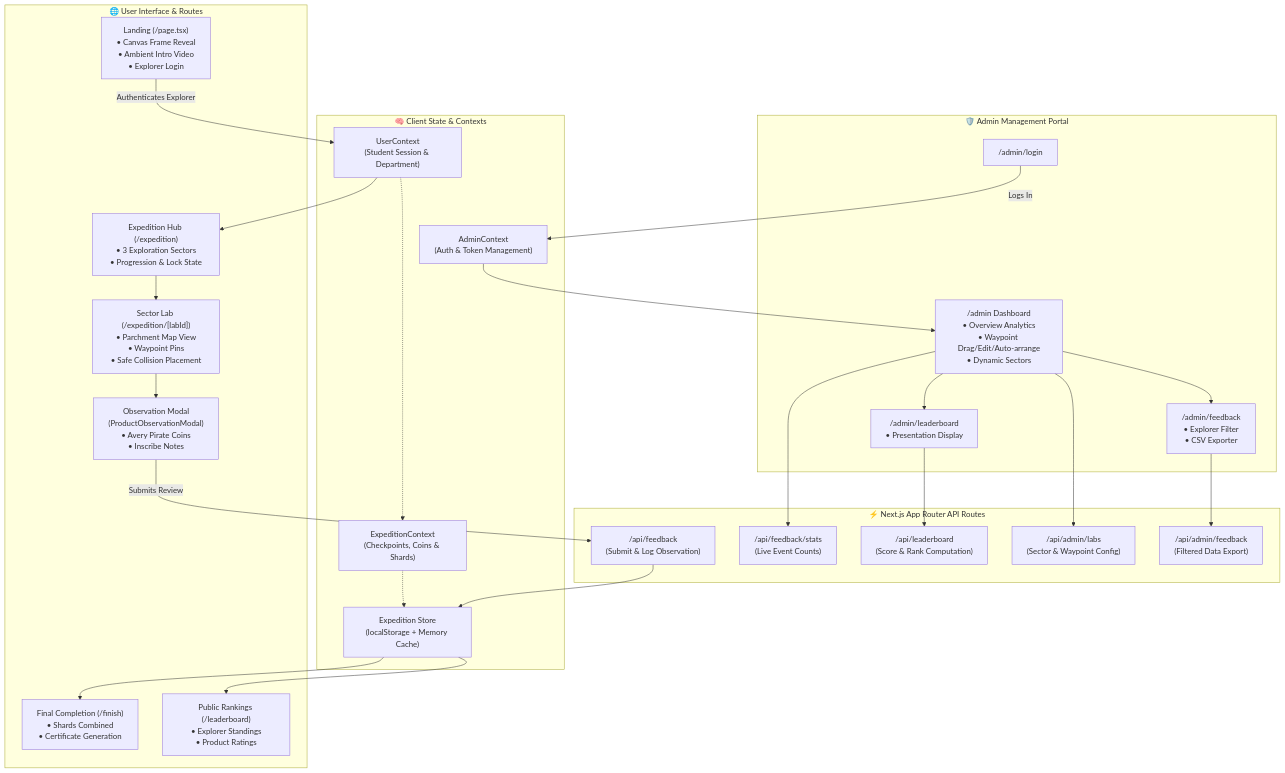
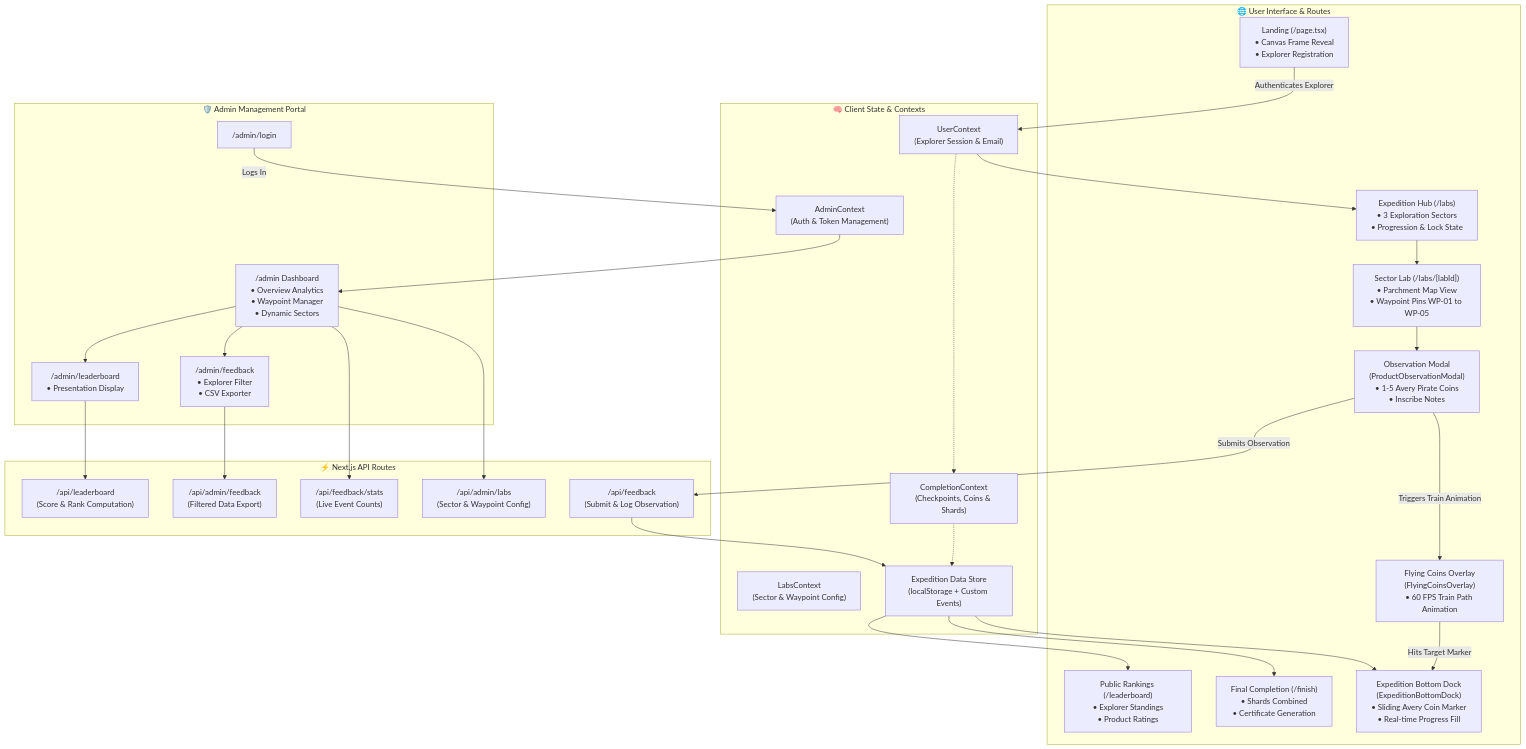
The diagram in README.md (VIHAR2212/feedback-techx), drawn with Mermaid before and after one commit. The commit also changed other lines of this file, not shown here.

Commit message:
docs: Update README.md with comprehensive documentation of recent features and architecture

````diff
--- a/README.md
+++ b/README.md
@@ -40,59 +81,65 @@
 ```mermaid
 graph TD
     %% Client Pages
     subgraph ClientPages["🌐 User Interface & Routes"]
-        Landing["Landing (/page.tsx)<br/>• Canvas Frame Reveal<br/>• Ambient Intro Video<br/>• Explorer Login"]
-        Routes["Expedition Hub (/expedition)<br/>• 3 Exploration Sectors<br/>• Progression & Lock State"]
-        SectorView["Sector Lab (/expedition/[labId])<br/>• Parchment Map View<br/>• Waypoint Pins<br/>• Safe Collision Placement"]
-        Modal["Observation Modal<br/>(ProductObservationModal)<br/>• Avery Pirate Coins<br/>• Inscribe Notes"]
+        Landing["Landing (/page.tsx)<br/>• Canvas Frame Reveal<br/>• Explorer Registration"]
+        Routes["Expedition Hub (/labs)<br/>• 3 Exploration Sectors<br/>• Progression & Lock State"]
+        SectorView["Sector Lab (/labs/[labId])<br/>• Parchment Map View<br/>• Waypoint Pins WP-01 to WP-05"]
+        Modal["Observation Modal<br/>(ProductObservationModal)<br/>• 1-5 Avery Pirate Coins<br/>• Inscribe Notes"]
+        Overlay["Flying Coins Overlay<br/>(FlyingCoinsOverlay)<br/>• 60 FPS Train Path Animation"]
+        BottomDock["Expedition Bottom Dock<br/>(ExpeditionBottomDock)<br/>• Sliding Avery Coin Marker<br/>• Real-time Progress Fill"]
         Finish["Final Completion (/finish)<br/>• Shards Combined<br/>• Certificate Generation"]
         PublicBoard["Public Rankings (/leaderboard)<br/>• Explorer Standings<br/>• Product Ratings"]
     end
 
     %% State & Context
     subgraph StateLayer["🧠 Client State & Contexts"]
-        UserCtx["UserContext<br/>(Student Session & Department)"]
-        ExpCtx["ExpeditionContext<br/>(Checkpoints, Coins & Shards)"]
+        UserCtx["UserContext<br/>(Explorer Session & Email)"]
+        LabsCtx["LabsContext<br/>(Sector & Waypoint Config)"]
+        CompCtx["CompletionContext<br/>(Checkpoints, Coins & Shards)"]
         AdminCtx["AdminContext<br/>(Auth & Token Management)"]
-        Store["Expedition Store<br/>(localStorage + Memory Cache)"]
+        Store["Expedition Data Store<br/>(localStorage + Custom Events)"]
     end
 
     %% Backend API
-    subgraph APILayer["⚡ Next.js App Router API Routes"]
+    subgraph APILayer["⚡ Next.js API Routes"]
         ApiFeedback["/api/feedback<br/>(Submit & Log Observation)"]
         ApiStats["/api/feedback/stats<br/>(Live Event Counts)"]
         ApiLeaderboard["/api/leaderboard<br/>(Score & Rank Computation)"]
         ApiAdminLabs["/api/admin/labs<br/>(Sector & Waypoint Config)"]
         ApiAdminFeedback["/api/admin/feedback<br/>(Filtered Data Export)"]
     end
 
     %% Admin Portal
     subgraph AdminPortal["🛡️ Admin Management Portal"]
         AdminLogin["/admin/login"]
-        AdminDash["/admin Dashboard<br/>• Overview Analytics<br/>• Waypoint Drag/Edit/Auto-arrange<br/>• Dynamic Sectors"]
+        AdminDash["/admin Dashboard<br/>• Overview Analytics<br/>• Waypoint Manager<br/>• Dynamic Sectors"]
         AdminLedger["/admin/feedback<br/>• Explorer Filter<br/>• CSV Exporter"]
         AdminBoard["/admin/leaderboard<br/>• Presentation Display"]
     end
 
     %% Connections
     Landing -->|Authenticates Explorer| UserCtx
     UserCtx --> Routes
     Routes --> SectorView
     SectorView --> Modal
-    Modal -->|Submits Review| ApiFeedback
+    Modal -->|Triggers Train Animation| Overlay
+    Overlay -->|Hits Target Marker| BottomDock
+    Modal -->|Submits Observation| ApiFeedback
     ApiFeedback --> Store
+    Store --> BottomDock
     Store --> Finish
     Store --> PublicBoard
     
-    UserCtx -.-> ExpCtx
-    ExpCtx -.-> Store
+    UserCtx -.-> CompCtx
+    CompCtx -.-> Store
 
     AdminLogin -->|Logs In| AdminCtx
     AdminCtx --> AdminDash
     AdminDash --> ApiAdminLabs
     AdminDash --> ApiStats
     AdminDash --> AdminLedger
     AdminLedger --> ApiAdminFeedback
     AdminDash --> AdminBoard
     AdminBoard --> ApiLeaderboard
 ```
````
